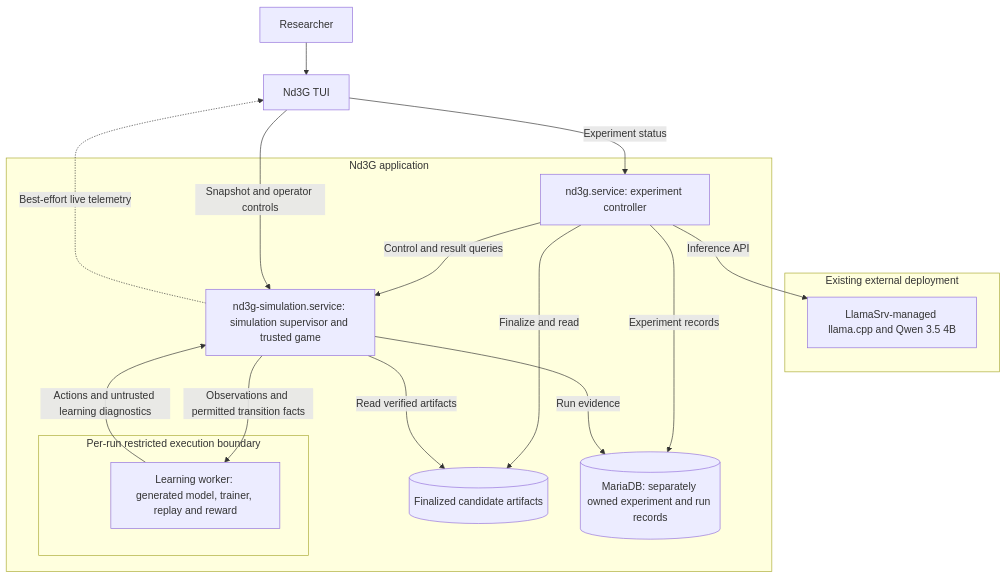
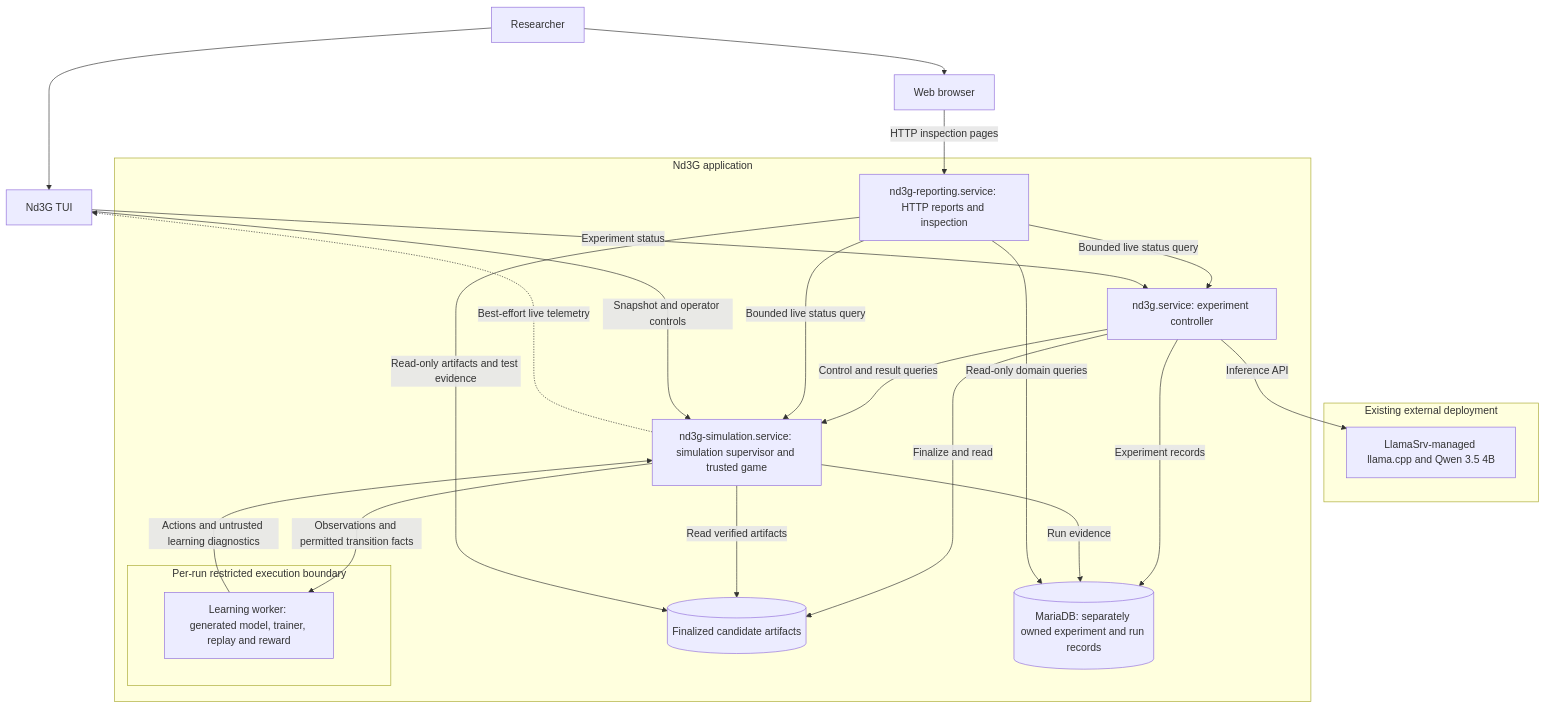
The diagram in docs/architecture/04-runtime-and-integrity.md (NadimGhaznavi/nd3g), drawn with Mermaid before and after one commit. The commit also changed other lines of this file and 9 other files, not shown here.

````diff
--- a/docs/architecture/04-runtime-and-integrity.md
+++ b/docs/architecture/04-runtime-and-integrity.md
@@ -9,27 +9,34 @@
 ```mermaid
 flowchart TB
     Researcher[Researcher] --> TUI[Nd3G TUI]
+    Researcher --> Browser[Web browser]
     subgraph External[Existing external deployment]
         LLM[LlamaSrv-managed llama.cpp and Qwen 3.5 4B]
     end
     subgraph ND[Nd3G application]
         C[nd3g.service: experiment controller]
         S[nd3g-simulation.service: simulation supervisor and trusted game]
+        R[nd3g-reporting.service: HTTP reports and inspection]
         A[(Finalized candidate artifacts)]
         DB[(MariaDB: separately owned experiment and run records)]
         subgraph Restricted[Per-run restricted execution boundary]
             W[Learning worker: generated model, trainer, replay and reward]
         end
         C -->|Inference API| LLM
         C -->|Finalize and read| A
         C -->|Control and result queries| S
         C -->|Experiment records| DB
         S -->|Read verified artifacts| A
         S -->|Run evidence| DB
         S -->|Observations and permitted transition facts| W
         W -->|Actions and untrusted learning diagnostics| S
+        R -->|Read-only domain queries| DB
+        R -->|Read-only artifacts and test evidence| A
+        R -->|Bounded live status query| C
+        R -->|Bounded live status query| S
     end
+    Browser -->|HTTP inspection pages| R
     TUI -->|Snapshot and operator controls| S
     TUI -->|Experiment status| C
     S -.->|Best-effort live telemetry| TUI
 ```
````
